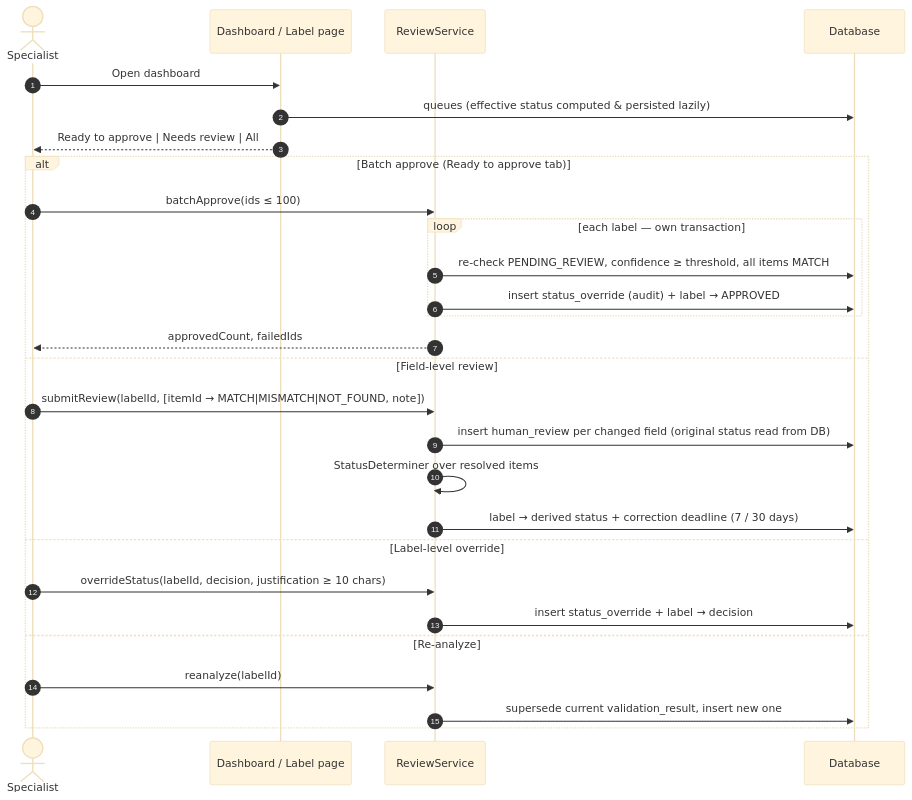
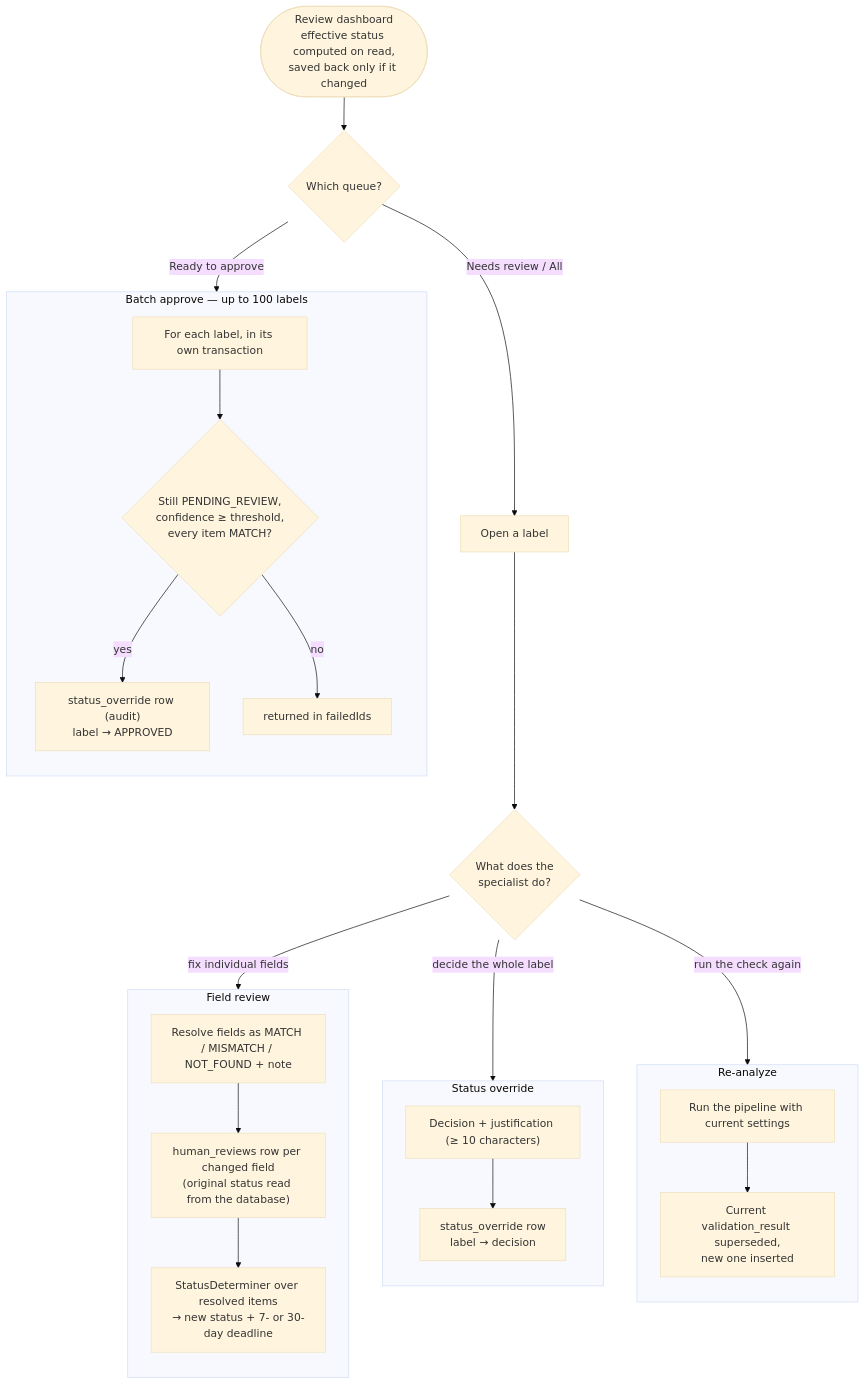
The fifth of 9 diagrams in docs/architecture.md (SarvariVin/ttb-label-verification), drawn with Mermaid (base theme) before and after one commit. The commit also changed other lines of this file and 251 other files, not shown here.

````diff
--- a/docs/architecture.md
+++ b/docs/architecture.md
@@ -191,32 +232,33 @@
 ```mermaid
-sequenceDiagram
-    autonumber
-    actor SP as Specialist
-    participant UI as Dashboard / Label page
-    participant R as ReviewService
-    participant DB as Database
+flowchart TB
+    dash(["Review dashboard<br/>effective status computed on read,<br/>saved back only if it changed"]) --> tabs{"Which queue?"}
+    tabs -- "Ready to approve" --> ba
+    tabs -- "Needs review / All" --> open["Open a label"]
+    open --> how{"What does the<br/>specialist do?"}
+    how -- "fix individual fields" --> fr
+    how -- "decide the whole label" --> ov
+    how -- "run the check again" --> ra
 
-    SP->>UI: Open dashboard
-    UI->>DB: queues (effective status computed & persisted lazily)
-    UI-->>SP: Ready to approve | Needs review | All
+    subgraph ba["Batch approve — up to 100 labels"]
+        direction TB
+        ba1["For each label, in its own transaction"] --> ba2{"Still PENDING_REVIEW,<br/>confidence ≥ threshold,<br/>every item MATCH?"}
+        ba2 -- yes --> ba3["status_override row (audit)<br/>label → APPROVED"]
+        ba2 -- no --> ba4["returned in failedIds"]
+    end
 
-    alt Batch approve (Ready to approve tab)
-        SP->>R: batchApprove(ids ≤ 100)
-        loop each label — own transaction
-            R->>DB: re-check PENDING_REVIEW, confidence ≥ threshold, all items MATCH
-            R->>DB: insert status_override (audit) + label → APPROVED
-        end
-        R-->>SP: approvedCount, failedIds
-    else Field-level review
-        SP->>R: submitReview(labelId, [itemId → MATCH|MISMATCH|NOT_FOUND, note])
-        R->>DB: insert human_review per changed field (original status read from DB)
-        R->>R: StatusDeterminer over resolved items
-        R->>DB: label → derived status + correction deadline (7 / 30 days)
-    else Label-level override
-        SP->>R: overrideStatus(labelId, decision, justification ≥ 10 chars)
-        R->>DB: insert status_override + label → decision
-    else Re-analyze
-        SP->>R: reanalyze(labelId)
-        R->>DB: supersede current validation_result, insert new one
+    subgraph fr["Field review"]
+        direction TB
+        fr1["Resolve fields as MATCH / MISMATCH / NOT_FOUND + note"] --> fr2["human_reviews row per changed field<br/>(original status read from the database)"]
+        fr2 --> fr3["StatusDeterminer over resolved items<br/>→ new status + 7- or 30-day deadline"]
+    end
+
+    subgraph ov["Status override"]
+        direction TB
+        ov1["Decision + justification (≥ 10 characters)"] --> ov2["status_override row<br/>label → decision"]
+    end
+
+    subgraph ra["Re-analyze"]
+        direction TB
+        ra1["Run the pipeline with current settings"] --> ra2["Current validation_result superseded,<br/>new one inserted"]
     end
 ```
````
